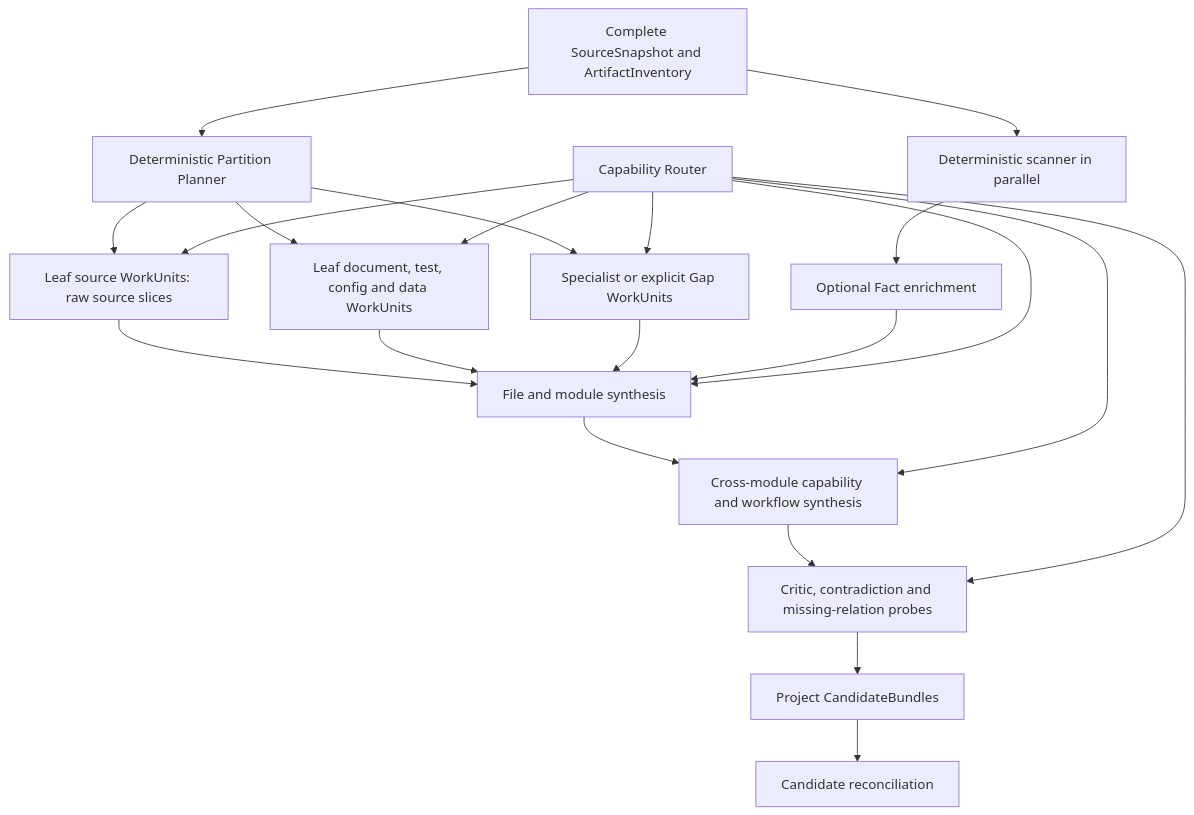
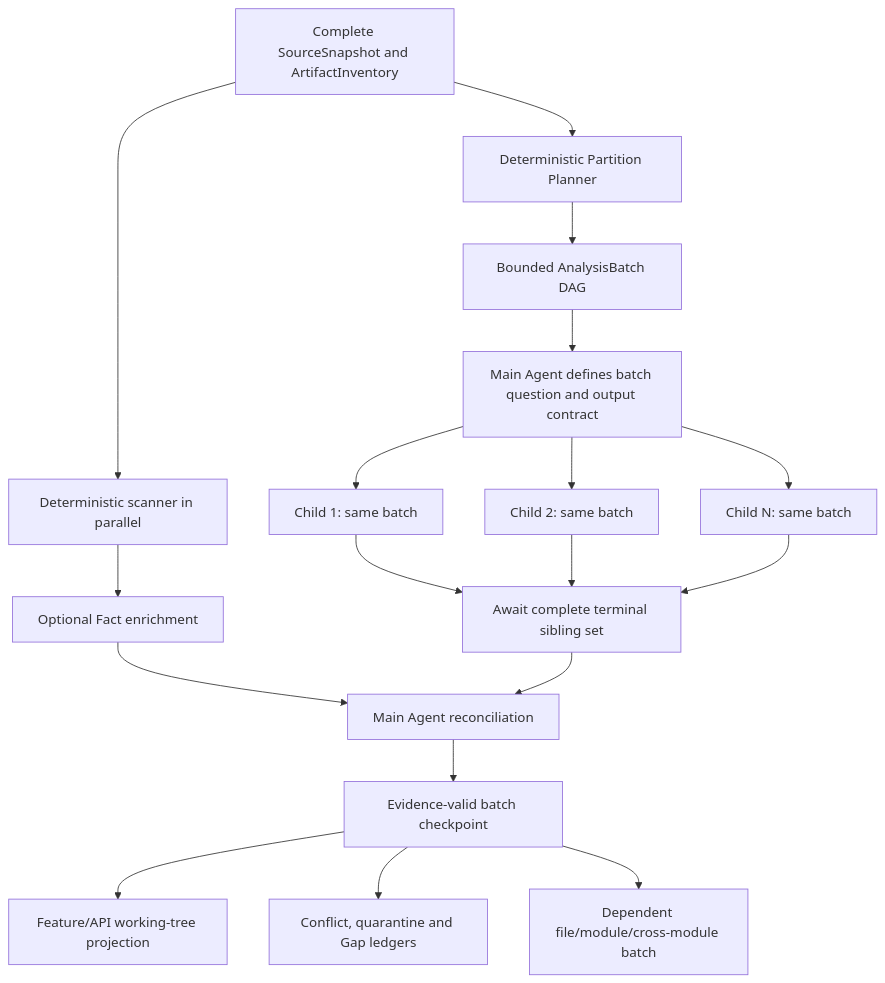
One commit to qianfengXY/Traqen changed the first of 2 diagrams in docs/features/workspace-scan-and-analysis-lifecycle.md. Above: the diagram before and after it, drawn with Mermaid. The commit also changed other lines of this file and 112 other files, not shown here.

````diff
--- a/docs/features/workspace-scan-and-analysis-lifecycle.md
+++ b/docs/features/workspace-scan-and-analysis-lifecycle.md
@@ -191,26 +187,20 @@
 ```mermaid
 flowchart TB
     A[Complete SourceSnapshot and ArtifactInventory] --> B[Deterministic Partition Planner]
-    B --> C1[Leaf source WorkUnits: raw source slices]
-    B --> C2[Leaf document, test, config and data WorkUnits]
-    B --> C3[Specialist or explicit Gap WorkUnits]
-
+    B --> C[Bounded AnalysisBatch DAG]
     A --> D[Deterministic scanner in parallel]
     D --> E[Optional Fact enrichment]
-
-    C1 --> F[File and module synthesis]
-    C2 --> F
-    C3 --> F
-    E --> F
-    F --> G[Cross-module capability and workflow synthesis]
-    G --> H[Critic, contradiction and missing-relation probes]
-    H --> I[Project CandidateBundles]
-    I --> J[Candidate reconciliation]
-
-    K[Capability Router] --> C1
-    K --> C2
-    K --> C3
-    K --> F
-    K --> G
-    K --> H
+    C --> F[Main Agent defines batch question and output contract]
+    F --> G1[Child 1: same batch]
+    F --> G2[Child 2: same batch]
+    F --> GN[Child N: same batch]
+    G1 --> H[Await complete terminal sibling set]
+    G2 --> H
+    GN --> H
+    E --> I[Main Agent reconciliation]
+    H --> I
+    I --> J[Evidence-valid batch checkpoint]
+    J --> K[Feature/API working-tree projection]
+    J --> L[Conflict, quarantine and Gap ledgers]
+    J --> M[Dependent file/module/cross-module batch]
 ```
````
